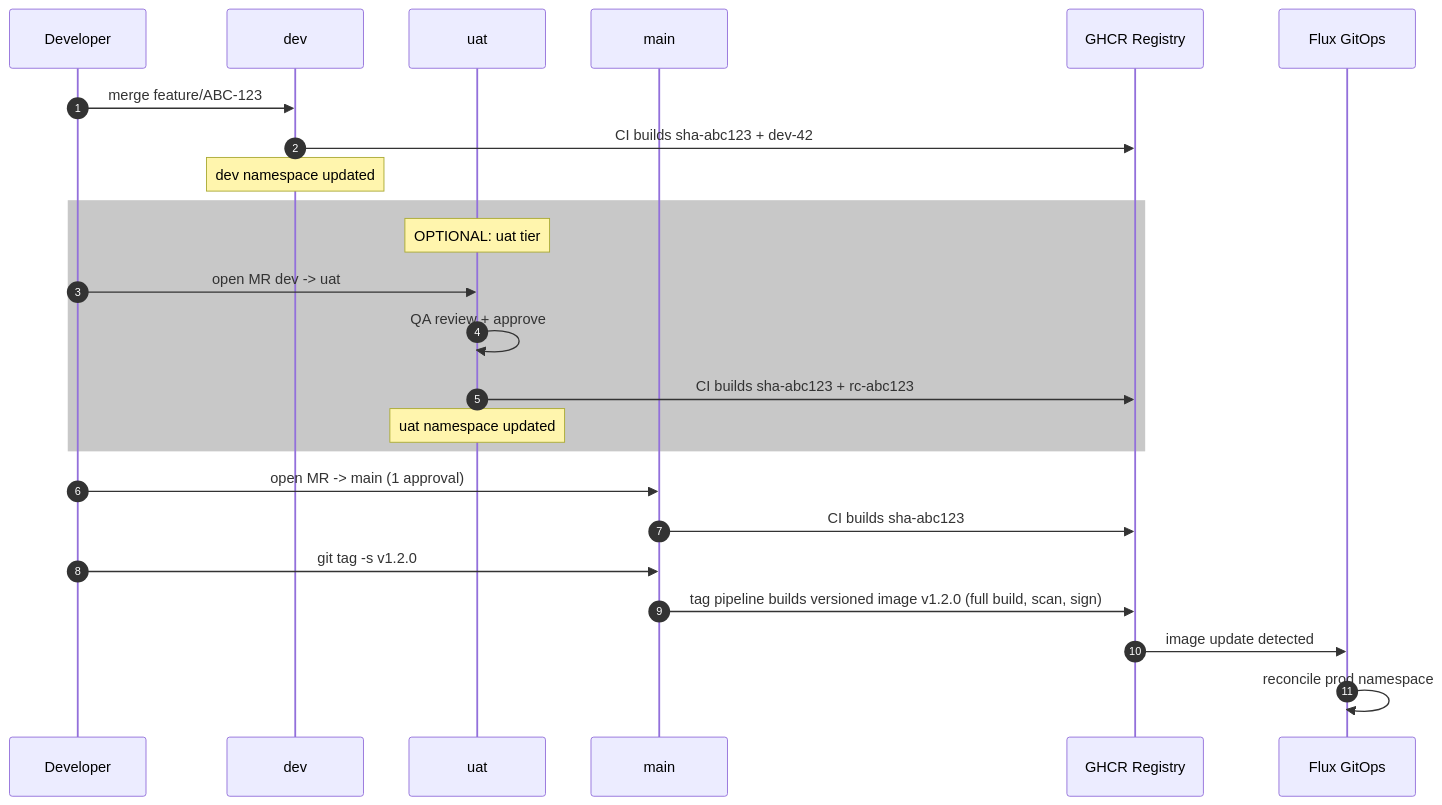
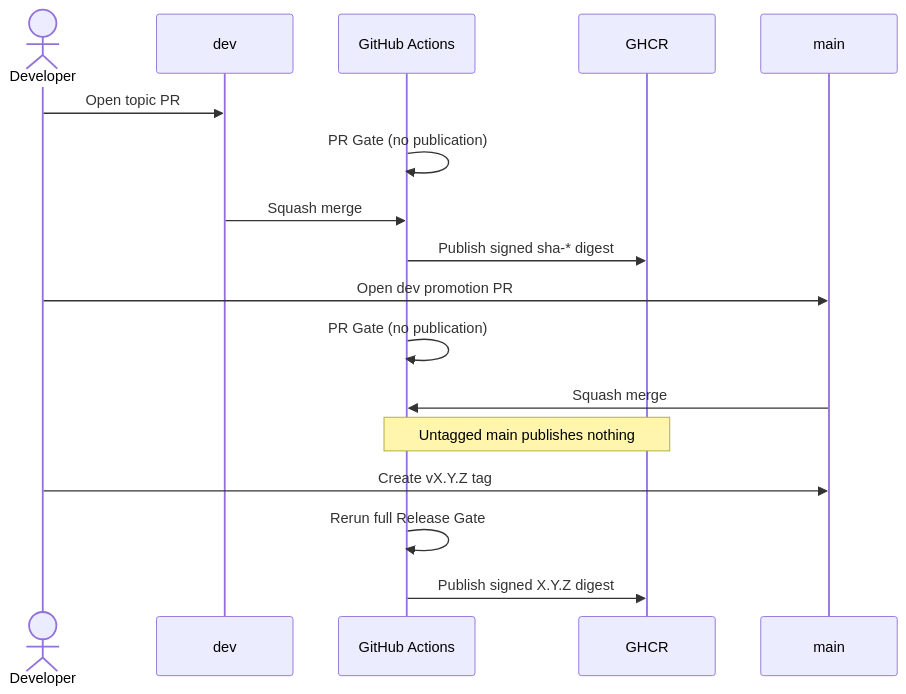
The second of 2 diagrams in docs/platform/gitflow.md (duynhlab/homelab), drawn with Mermaid before and after one commit. The commit also changed other lines of this file and 8 other files, not shown here.

````diff
--- a/docs/platform/gitflow.md
+++ b/docs/platform/gitflow.md
@@ -95,29 +61,20 @@
 ```mermaid
 sequenceDiagram
-    autonumber
-    participant Dev as Developer
-    participant DevBranch as dev
-    participant UAT as uat
-    participant Main as main
-    participant GHCR as GHCR Registry
-    participant Flux as Flux GitOps
+  actor Developer
+  participant Dev as dev
+  participant CI as GitHub Actions
+  participant Registry as GHCR
+  participant Main as main
 
-    Dev->>DevBranch: merge feature/ABC-123
-    DevBranch->>GHCR: CI builds sha-abc123 + dev-42
-    Note over DevBranch: dev namespace updated
-
-    rect rgb(200, 200, 200)
-        Note over UAT: OPTIONAL: uat tier
-        Dev->>UAT: open MR dev -> uat
-        UAT->>UAT: QA review + approve
-        UAT->>GHCR: CI builds sha-abc123 + rc-abc123
-        Note over UAT: uat namespace updated
-    end
-
-    Dev->>Main: open MR -> main (1 approval)
-    Main->>GHCR: CI builds sha-abc123
-    Dev->>Main: git tag -s v1.2.0
-    Main->>GHCR: tag pipeline builds versioned image v1.2.0 (full build, scan, sign)
-    GHCR->>Flux: image update detected
-    Flux->>Flux: reconcile prod namespace
+  Developer->>Dev: Open topic PR
+  CI->>CI: PR Gate (no publication)
+  Dev->>CI: Squash merge
+  CI->>Registry: Publish signed sha-* digest
+  Developer->>Main: Open dev promotion PR
+  CI->>CI: PR Gate (no publication)
+  Main->>CI: Squash merge
+  Note over CI,Registry: Untagged main publishes nothing
+  Developer->>Main: Create vX.Y.Z tag
+  CI->>CI: Rerun full Release Gate
+  CI->>Registry: Publish signed X.Y.Z digest
 ```
````
